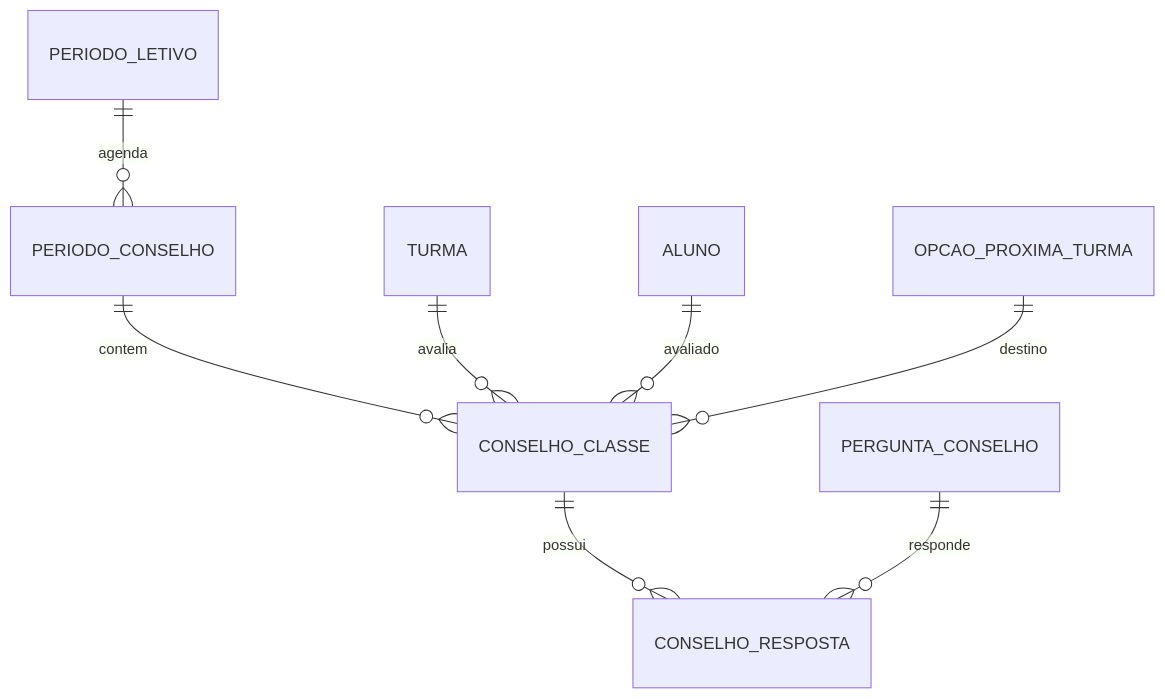
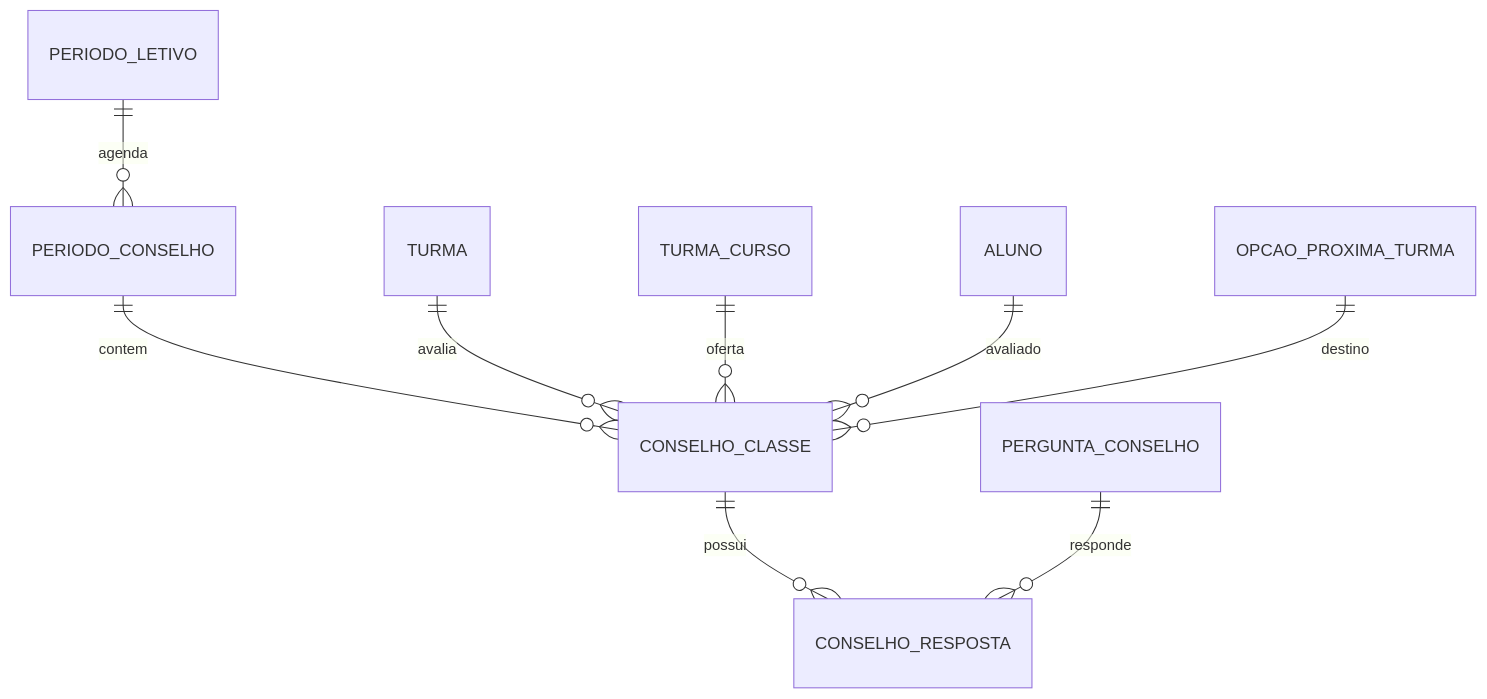
One commit to fmtic/pautaon changed the fifth of 7 diagrams in app/models/MER.md. Above: the diagram before and after it, drawn with Mermaid. The commit also changed other lines of this file and 58 other files, not shown here.

First line of the commit message:
feat(onda4): conselho por oferta e endurecimento do esquema

````diff
--- a/app/models/MER.md
+++ b/app/models/MER.md
@@ -253,10 +258,11 @@
 ```mermaid
 erDiagram
     PERIODO_LETIVO ||--o{ PERIODO_CONSELHO : agenda
     PERIODO_CONSELHO ||--o{ CONSELHO_CLASSE : contem
     TURMA ||--o{ CONSELHO_CLASSE : avalia
+    TURMA_CURSO ||--o{ CONSELHO_CLASSE : oferta
     ALUNO ||--o{ CONSELHO_CLASSE : avaliado
     CONSELHO_CLASSE ||--o{ CONSELHO_RESPOSTA : possui
     PERGUNTA_CONSELHO ||--o{ CONSELHO_RESPOSTA : responde
     OPCAO_PROXIMA_TURMA ||--o{ CONSELHO_CLASSE : destino
 ```
````
